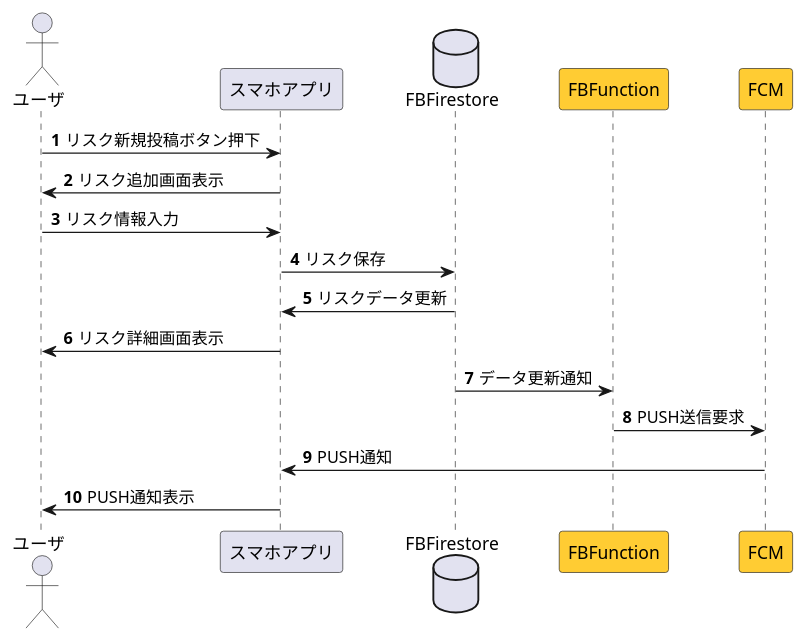
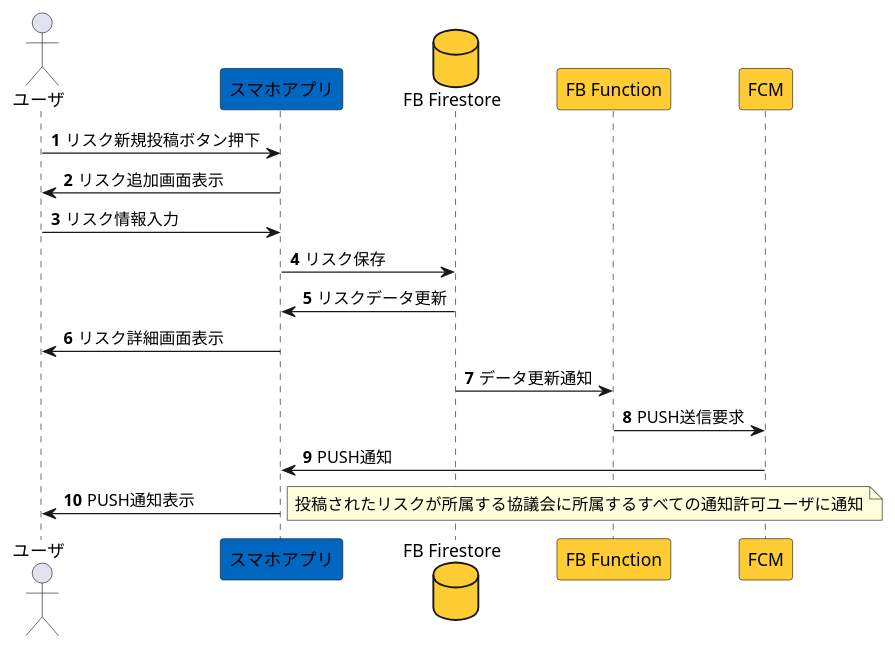
One commit to ayanesato/re-practice changed the diagram in PycharmProjects/sequence_diagram/testSequence.puml. Above: the diagram before and after it, drawn with PlantUML.

Commit message:
シーケンス図にノート・色追加

```diff
--- a/PycharmProjects/sequence_diagram/testSequence.puml
+++ b/PycharmProjects/sequence_diagram/testSequence.puml
@@ -1,23 +1,24 @@
 @startuml
 'https://plantuml.com/sequence-diagram
 
 autonumber
 
 actor ユーザ
-Participant スマホアプリ
-Database FBFirestore
-Participant FBFunction #FFCC33
+Participant スマホアプリ #0067C0
+Database "FB Firestore" as FBFirestore #FFCC33
+Participant "FB Function" as FBFunction #FFCC33
 Participant FCM #FFCC33
 
 ユーザ -> スマホアプリ: リスク新規投稿ボタン押下
 スマホアプリ ->ユーザ: リスク追加画面表示
 ユーザ -> スマホアプリ: リスク情報入力
 スマホアプリ -> FBFirestore:リスク保存
 FBFirestore -> スマホアプリ:リスクデータ更新
 スマホアプリ ->ユーザ: リスク詳細画面表示
 FBFirestore -> FBFunction: データ更新通知
 FBFunction -> FCM: PUSH送信要求
 FCM -> スマホアプリ: PUSH通知
 スマホアプリ -> ユーザ: PUSH通知表示
+Note right: 投稿されたリスクが所属する協議会に所属するすべての通知許可ユーザに通知
 
 @enduml
```
